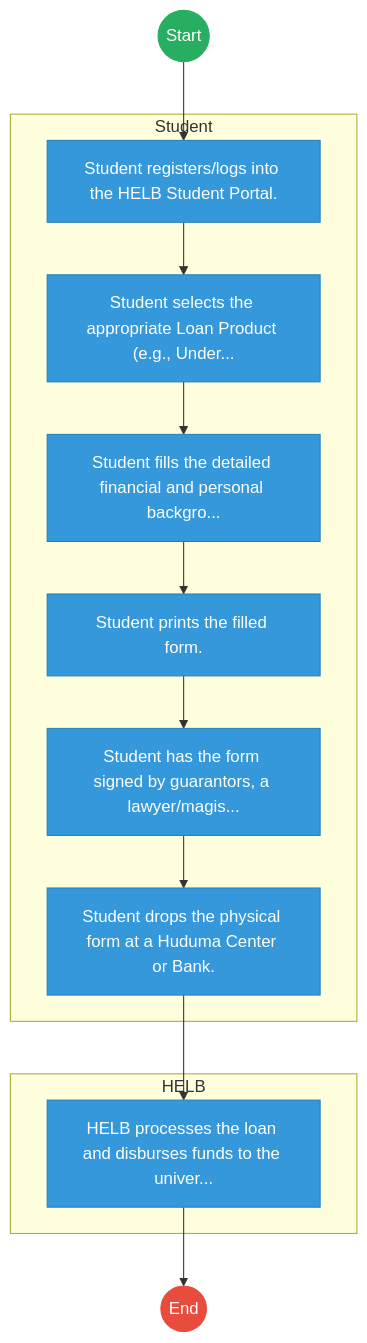
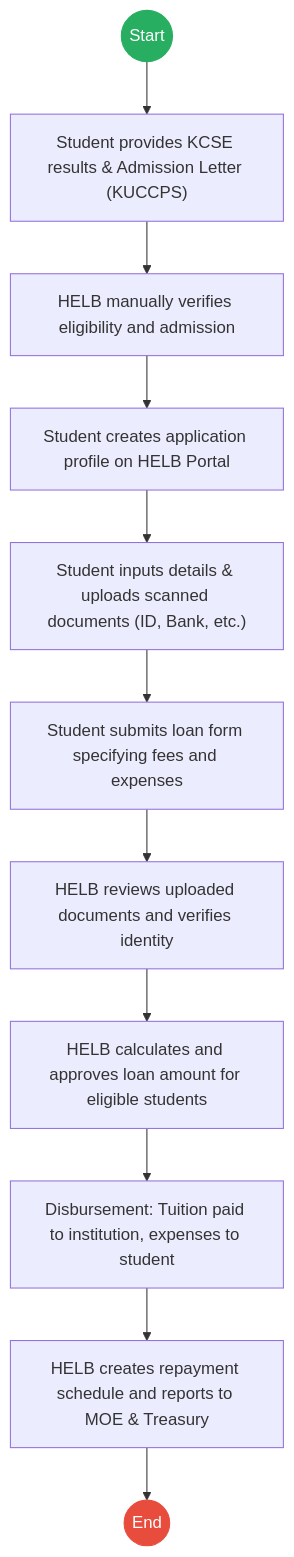
The first of 2 diagrams in mdas/docs_final/Higher_Education_Loans_Board___Loan_Processing.md (BITZ-IT-Consulting-LTD/ictapoc), drawn with Mermaid before and after one commit. The commit also changed other lines of this file and 6 other files, not shown here.

````diff
--- a/mdas/docs_final/Higher_Education_Loans_Board___Loan_Processing.md
+++ b/mdas/docs_final/Higher_Education_Loans_Board___Loan_Processing.md
@@ -20,33 +20,18 @@
 ```mermaid
 graph TD
     Start((Start)) --> S1
-
-    subgraph Student [Student]
-        S1["Student registers/logs into the HELB Student Portal."]
-        S2["Student selects the appropriate Loan Product (e.g., Under..."]
-        S3["Student fills the detailed financial and personal backgro..."]
-        S4["Student prints the filled form."]
-        S5["Student has the form signed by guarantors, a lawyer/magis..."]
-        S6["Student drops the physical form at a Huduma Center or Bank."]
-    end
-
-    subgraph HELB [HELB]
-        S7["HELB processes the loan and disburses funds to the univer..."]
-    end
-    S1 --> S2
-    S2 --> S3
-    S3 --> S4
-    S4 --> S5
-    S5 --> S6
-    S6 --> S7
-    S7 --> End((End))
+    S1["Student provides KCSE results & Admission Letter (KUCCPS)"] --> S2
+    S2["HELB manually verifies eligibility and admission"] --> S3
+    S3["Student creates application profile on HELB Portal"] --> S4
+    S4["Student inputs details & uploads scanned documents (ID, Bank, etc.)"] --> S5
+    S5["Student submits loan form specifying fees and expenses"] --> S6
+    S6["HELB reviews uploaded documents and verifies identity"] --> S7
+    S7["HELB calculates and approves loan amount for eligible students"] --> S8
+    S8["Disbursement: Tuition paid to institution, expenses to student"] --> S9
+    S9["HELB creates repayment schedule and reports to MOE & Treasury"] --> End((End))
 
     classDef start fill:#27ae60,stroke:#27ae60,color:#fff;
     classDef endNode fill:#e74c3c,stroke:#e74c3c,color:#fff;
-    classDef userTask fill:#3498db,stroke:#2980b9,color:#fff;
-    classDef serviceTask fill:#9b59b6,stroke:#8e44ad,color:#fff;
-
     class Start start;
     class End endNode;
-    class S1,S2,S3,S4,S5,S6,S7 userTask;
 ```
````
